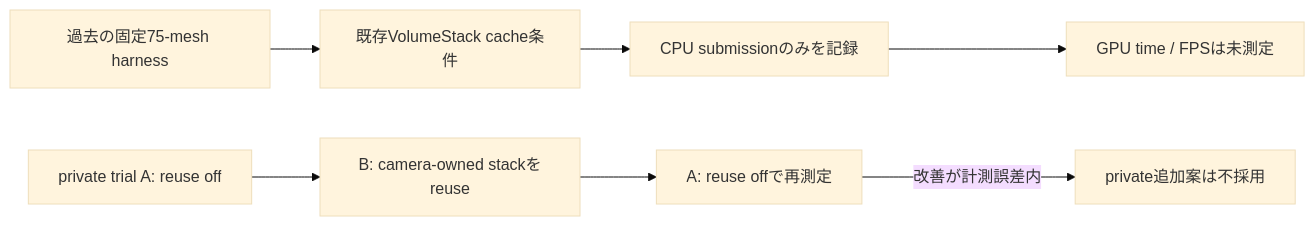
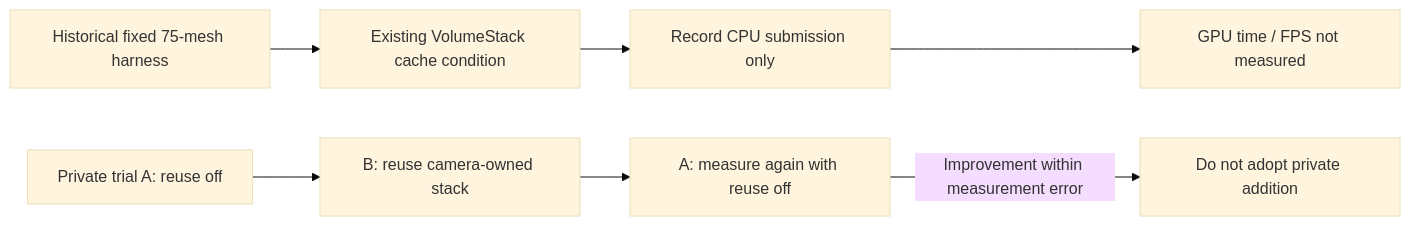
One commit to zabaglione/ViewWeave changed the diagram in docs/performance.md. Above: the diagram before and after it, drawn with Mermaid (base theme). The commit also changed other lines of this file and 68 other files, not shown here.

````diff
--- a/docs/performance.md
+++ b/docs/performance.md
@@ -7,9 +9,9 @@
 ```mermaid
 flowchart LR
-    Harness["過去の固定75-mesh harness"] --> Cache["既存VolumeStack cache条件"]
-    Cache --> Cpu["CPU submissionのみを記録"]
-    Cpu --> Limitation["GPU time / FPSは未測定"]
-    A1["private trial A: reuse off"] --> B["B: camera-owned stackをreuse"]
-    B --> A2["A: reuse offで再測定"]
-    A2 -->|"改善が計測誤差内"| Reject["private追加案は不採用"]
+    Harness["Historical fixed 75-mesh harness"] --> Cache["Existing VolumeStack cache condition"]
+    Cache --> Cpu["Record CPU submission only"]
+    Cpu --> Limitation["GPU time / FPS not measured"]
+    A1["Private trial A: reuse off"] --> B["B: reuse camera-owned stack"]
+    B --> A2["A: measure again with reuse off"]
+    A2 -->|"Improvement within measurement error"| Reject["Do not adopt private addition"]
 ```
````
